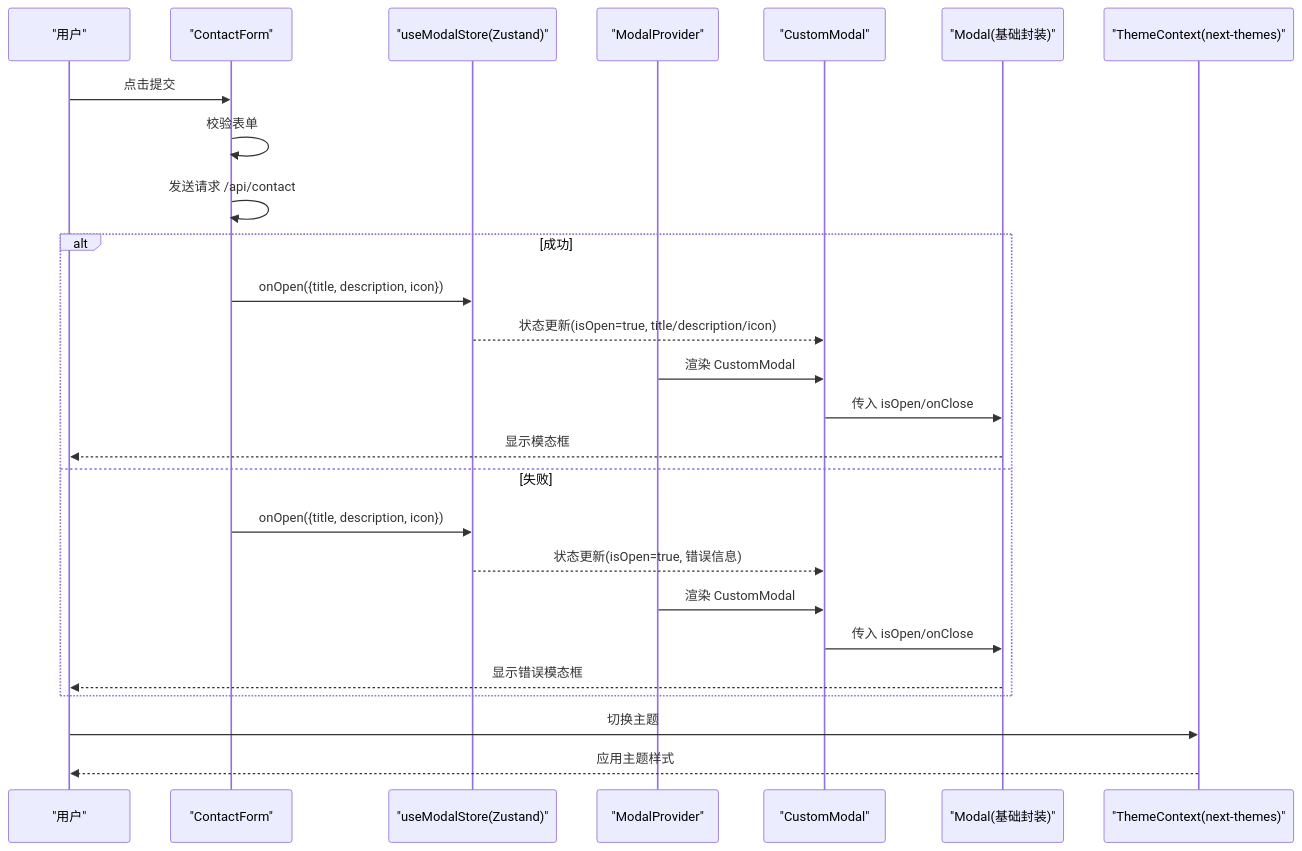
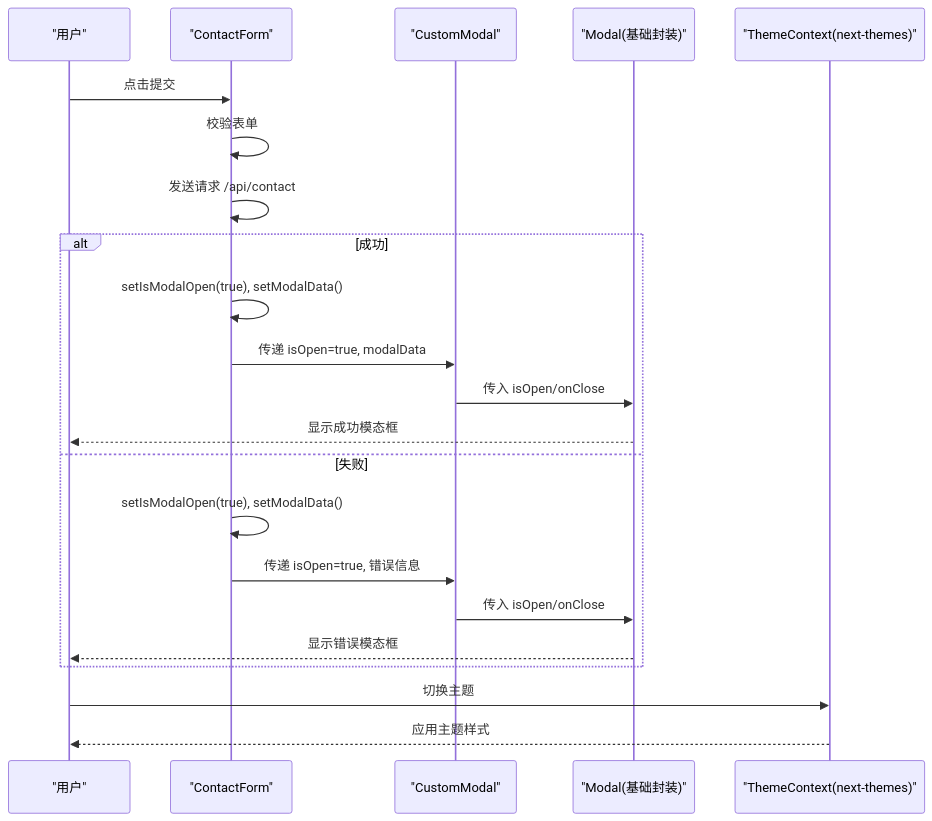
The second of 6 diagrams in .qoder/repowiki/zh/content/架构设计/数据流设计/状态管理数据流.md (florianjsun/next-portfolio), drawn with Mermaid before and after one commit. The commit also changed other lines of this file and 49 other files, not shown here.

````diff
--- a/.qoder/repowiki/zh/content/架构设计/数据流设计/状态管理数据流.md
+++ b/.qoder/repowiki/zh/content/架构设计/数据流设计/状态管理数据流.md
@@ -99,28 +89,24 @@
 ```mermaid
 sequenceDiagram
 participant U as "用户"
 participant F as "ContactForm"
-participant S as "useModalStore(Zustand)"
-participant P as "ModalProvider"
 participant M as "CustomModal"
 participant D as "Modal(基础封装)"
 participant T as "ThemeContext(next-themes)"
 U->>F : 点击提交
 F->>F : 校验表单
 F->>F : 发送请求 /api/contact
 alt 成功
-F->>S : onOpen({title, description, icon})
-S-->>M : 状态更新(isOpen=true, title/description/icon)
-P->>M : 渲染 CustomModal
+F->>F : setIsModalOpen(true), setModalData()
+F->>M : 传递 isOpen=true, modalData
 M->>D : 传入 isOpen/onClose
-D-->>U : 显示模态框
+D-->>U : 显示成功模态框
 else 失败
-F->>S : onOpen({title, description, icon})
-S-->>M : 状态更新(isOpen=true, 错误信息)
-P->>M : 渲染 CustomModal
+F->>F : setIsModalOpen(true), setModalData()
+F->>M : 传递 isOpen=true, 错误信息
 M->>D : 传入 isOpen/onClose
 D-->>U : 显示错误模态框
 end
 U->>T : 切换主题
 T-->>U : 应用主题样式
 ```
````
